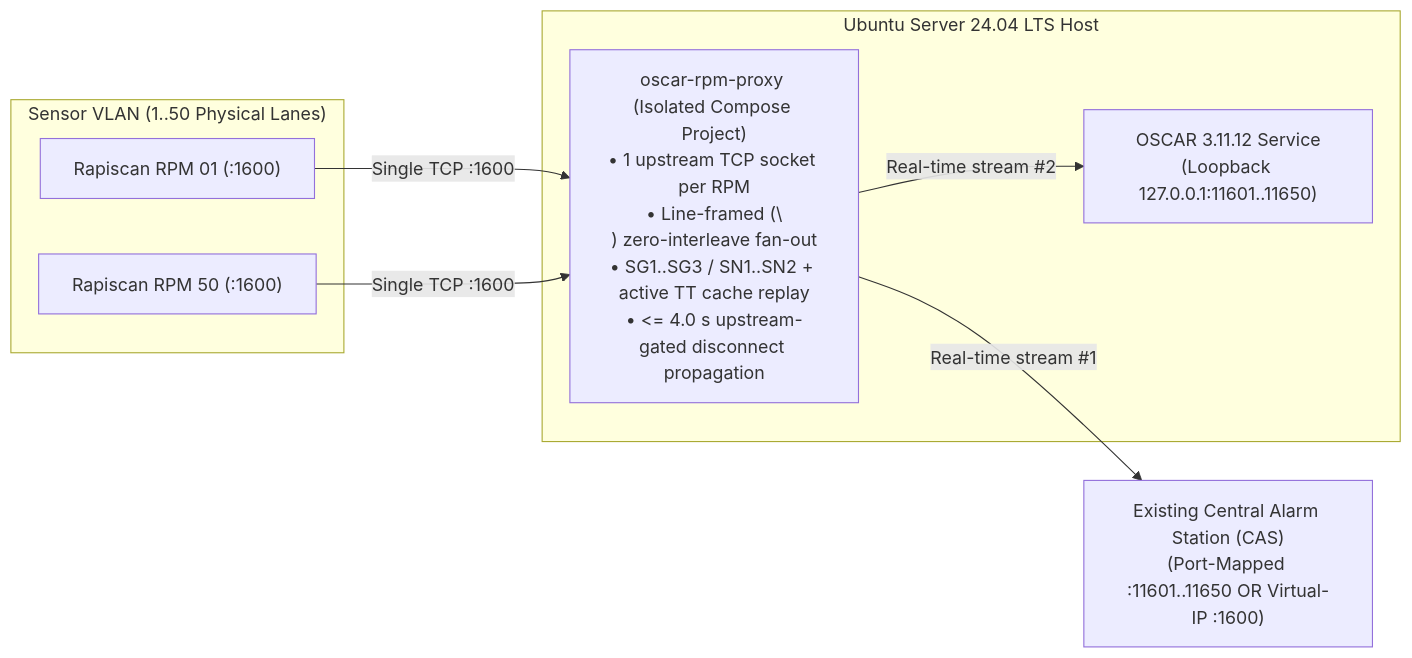
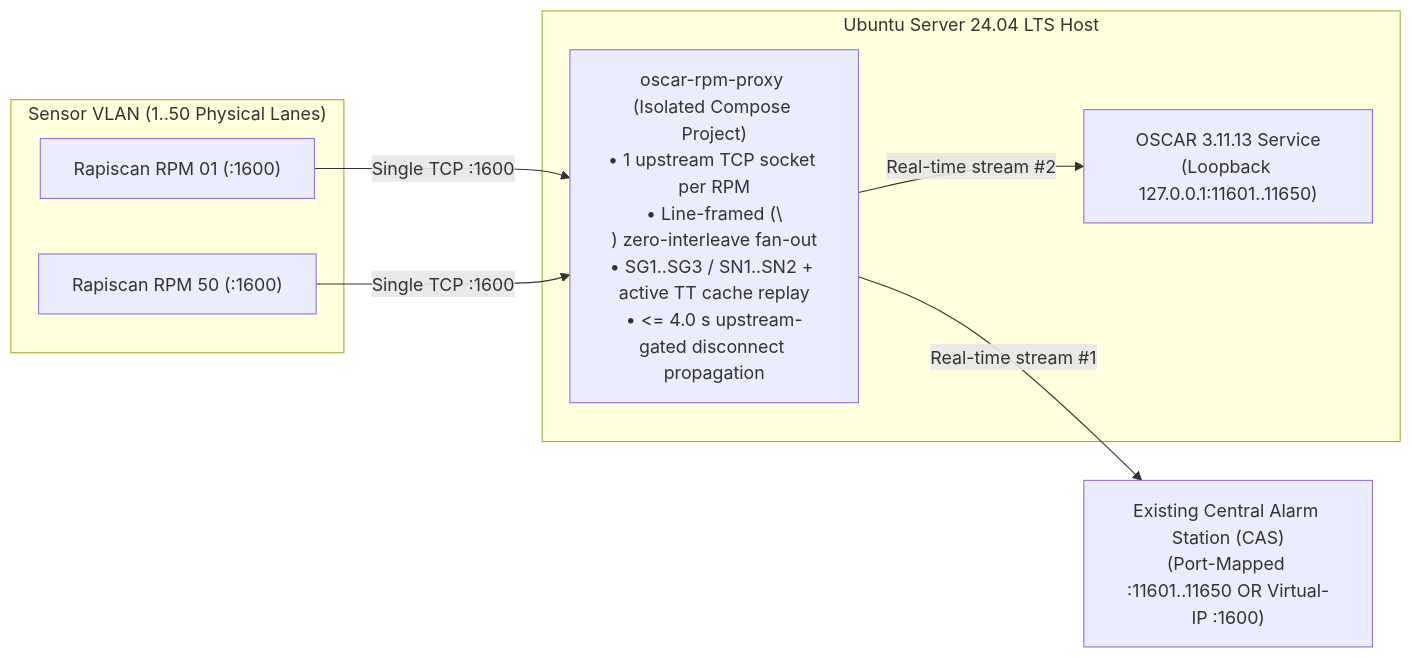
Before and after one commit to ORNL/oscar: the diagram in docs/RPM_EDGE_PROXY_GUIDE.md, drawn with Mermaid. The commit also changed other lines of this file and 28 other files, not shown here.

````diff
--- a/docs/RPM_EDGE_PROXY_GUIDE.md
+++ b/docs/RPM_EDGE_PROXY_GUIDE.md
@@ -13,19 +13,19 @@
 ```mermaid
 flowchart LR
     subgraph SensorVLAN["Sensor VLAN (1..50 Physical Lanes)"]
         RPM1["Rapiscan RPM 01 (:1600)"]
         RPM50["Rapiscan RPM 50 (:1600)"]
     end
 
     subgraph OscarHost["Ubuntu Server 24.04 LTS Host"]
         Proxy["oscar-rpm-proxy (Isolated Compose Project)\n• 1 upstream TCP socket per RPM\n• Line-framed (\\n) zero-interleave fan-out\n• SG1..SG3 / SN1..SN2 + active TT cache replay\n• <= 4.0 s upstream-gated disconnect propagation"]
-        OSCAR["OSCAR 3.11.12 Service\n(Loopback 127.0.0.1:11601..11650)"]
+        OSCAR["OSCAR 3.11.13 Service\n(Loopback 127.0.0.1:11601..11650)"]
     end
 
     CAS["Existing Central Alarm Station (CAS)\n(Port-Mapped :11601..11650 OR Virtual-IP :1600)"]
 
     RPM1 -->|"Single TCP :1600"| Proxy
     RPM50 -->|"Single TCP :1600"| Proxy
     Proxy -->|"Real-time stream #1"| CAS
     Proxy -->|"Real-time stream #2"| OSCAR
 ```
````
